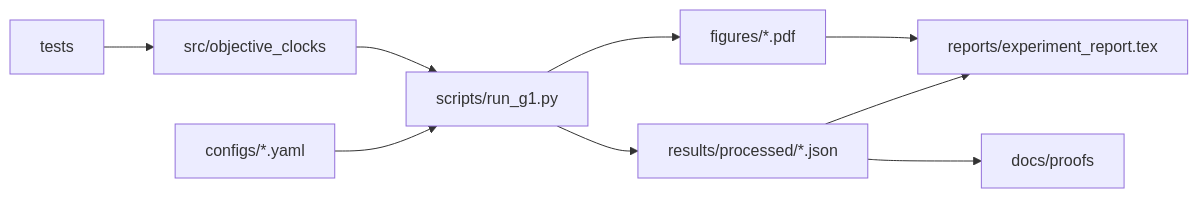
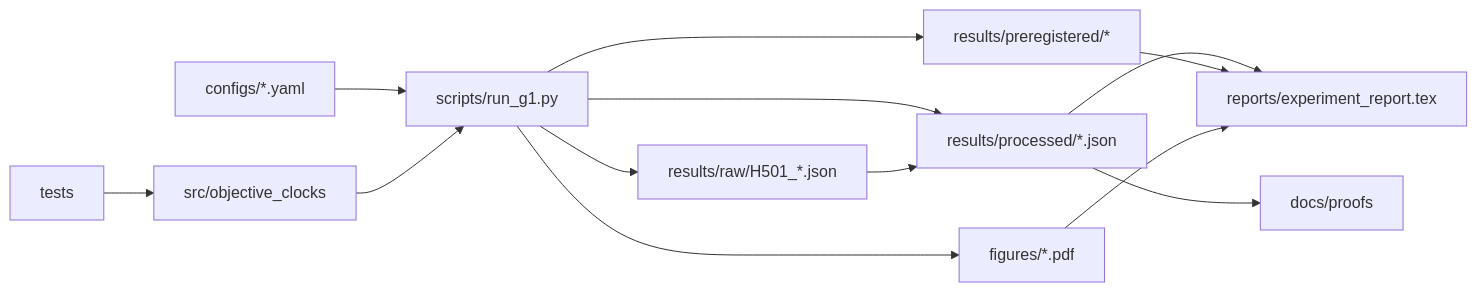
One commit to detasar/quantum-time-experiment changed the first of 5 diagrams in docs/ARCHITECTURE.md. Above: the diagram before and after it, drawn with Mermaid. The commit also changed other lines of this file and 52 other files, not shown here.

````diff
--- a/docs/ARCHITECTURE.md
+++ b/docs/ARCHITECTURE.md
@@ -8,11 +8,15 @@
 ```mermaid
 flowchart LR
     Configs["configs/*.yaml"] --> Scripts["scripts/run_g1.py"]
     Src["src/objective_clocks"] --> Scripts
     Tests["tests"] --> Src
     Scripts --> Processed["results/processed/*.json"]
+    Scripts --> Preregistered["results/preregistered/*"]
+    Scripts --> Raw["results/raw/H501_*.json"]
     Scripts --> Figures["figures/*.pdf"]
     Processed --> Report["reports/experiment_report.tex"]
+    Preregistered --> Report
+    Raw --> Processed
     Processed --> Proofs["docs/proofs"]
     Figures --> Report
 ```
````
